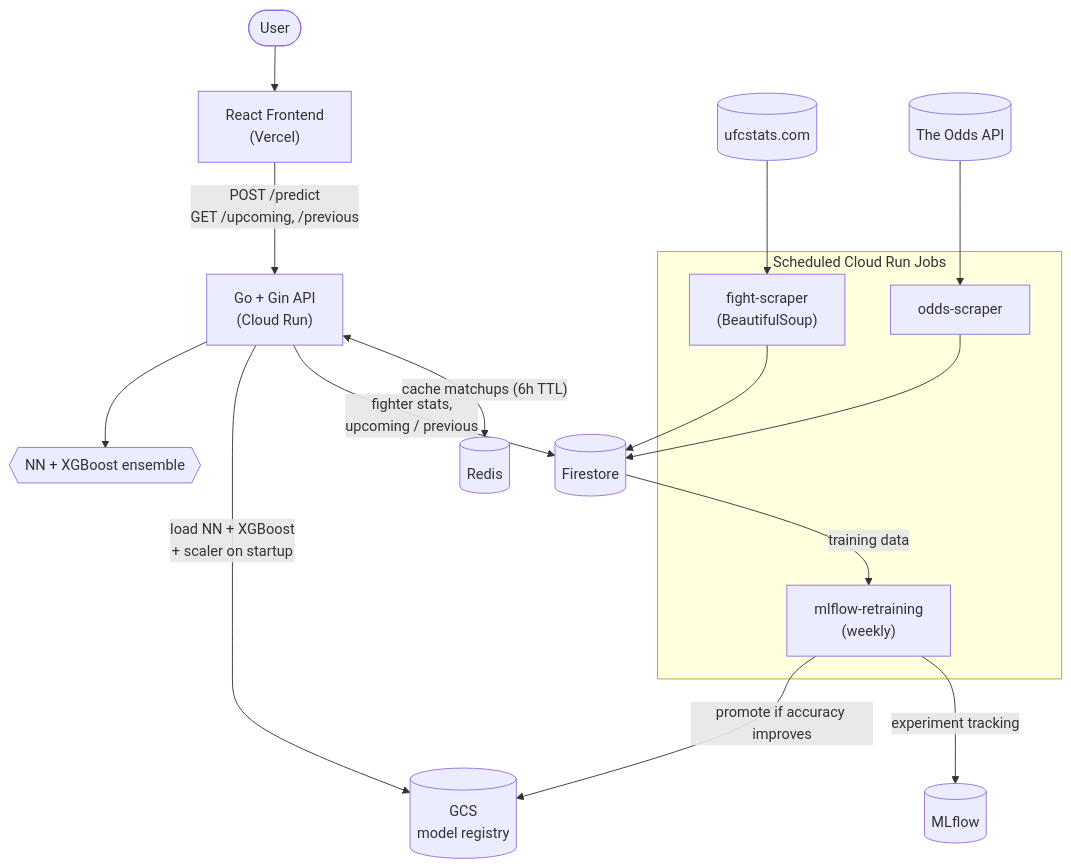
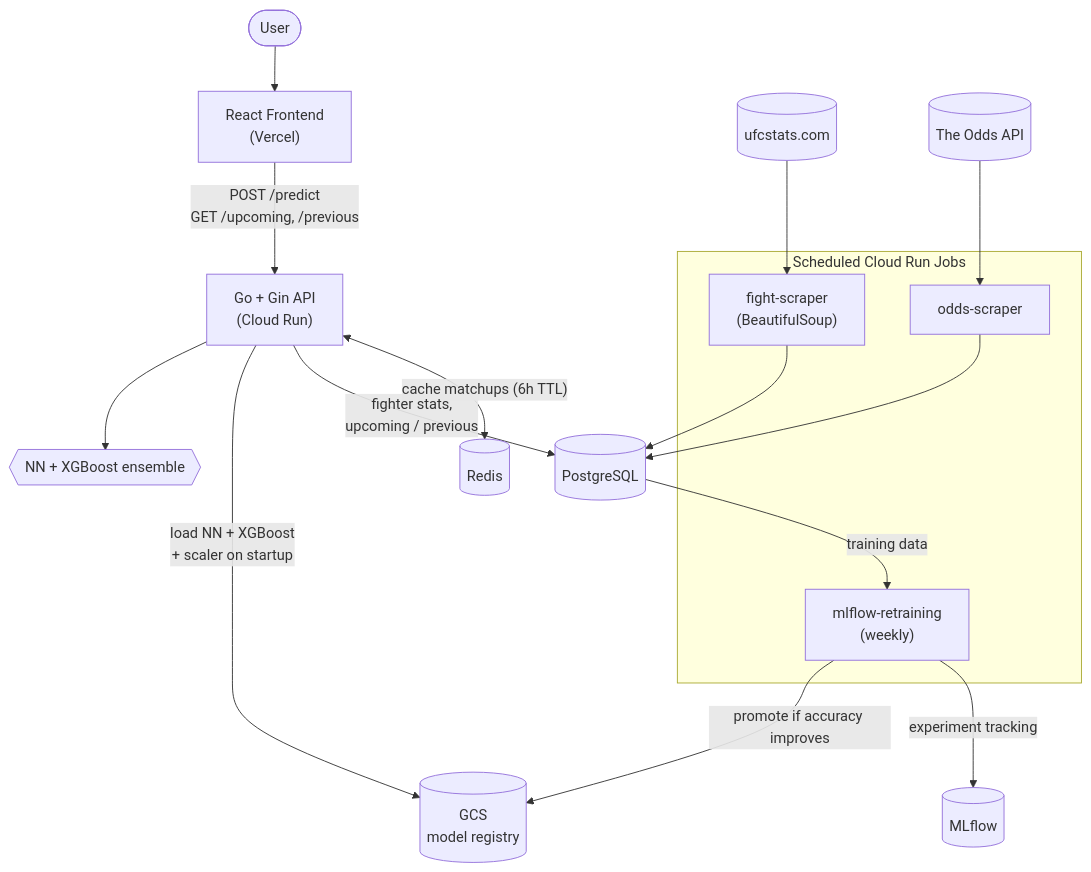
Before and after one commit to brendes6/UFC-Fight-Outcome-Prediction-System: the diagram in README.md, drawn with Mermaid. The commit also changed other lines of this file and 1 other file, not shown here.

````diff
--- a/README.md
+++ b/README.md
@@ -26,22 +25,22 @@
 ```mermaid
 flowchart TB
     User([User]) --> FE["React Frontend<br/>(Vercel)"]
     FE -->|"POST /predict<br/>GET /upcoming, /previous"| API["Go + Gin API<br/>(Cloud Run)"]
 
     API <-->|"cache matchups (6h TTL)"| Redis[("Redis")]
-    API -->|"fighter stats,<br/>upcoming / previous"| FS[("Firestore")]
+    API -->|"fighter stats,<br/>upcoming / previous"| PG[("PostgreSQL")]
     API -->|"load NN + XGBoost<br/>+ scaler on startup"| GCS[("GCS<br/>model registry")]
     API --> ENS{{"NN + XGBoost ensemble"}}
 
     subgraph Jobs["Scheduled Cloud Run Jobs"]
         Scraper["fight-scraper<br/>(BeautifulSoup)"]
         Odds["odds-scraper"]
         Retrain["mlflow-retraining<br/>(weekly)"]
     end
 
-    UFCStats[("ufcstats.com")] --> Scraper --> FS
-    OddsAPI[("The Odds API")] --> Odds --> FS
-    FS -->|"training data"| Retrain
+    UFCStats[("ufcstats.com")] --> Scraper --> PG
+    OddsAPI[("The Odds API")] --> Odds --> PG
+    PG -->|"training data"| Retrain
     Retrain -->|"experiment tracking"| MLflow[("MLflow")]
     Retrain -->|"promote if accuracy improves"| GCS
 ```
````
